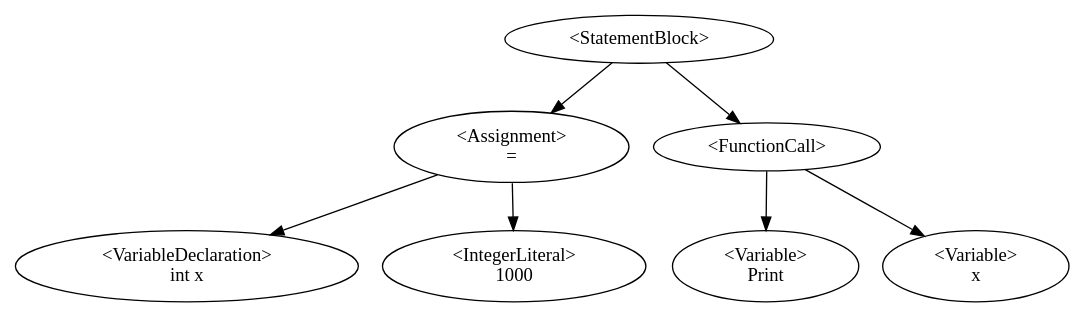
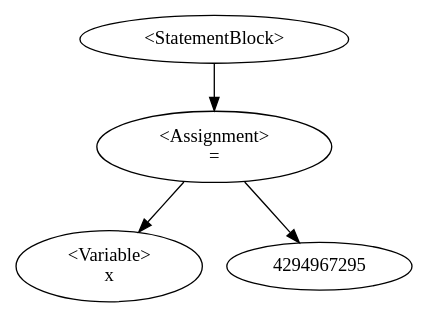
Before and after one commit to QazmoQwerty/dino: the diagram in Dino/Dino/AstDisplay.gv, drawn with Graphviz. The commit also changed 10 other files, not shown here.

```diff
--- a/Dino/Dino/AstDisplay.gv
+++ b/Dino/Dino/AstDisplay.gv
@@ -1,9 +1,5 @@
 digraph G {
-0 [label="<StatementBlock>"];0->2;0->5;
-2 [label="<Assignment>\n="];2->1;2->3;
-1 [label="<VariableDeclaration>\nint x"];
-3 [label="<IntegerLiteral>\n1000"];
-5 [label="<FunctionCall>\n"];5->4;5->6;
-4 [label="<Variable>\nPrint"];
-6 [label="<Variable>\nx"];
+0 [label="<StatementBlock>"];0->2;
+2 [label="<Assignment>\n="];2->1;2->4294967295;
+1 [label="<Variable>\nx"];
 }
```
